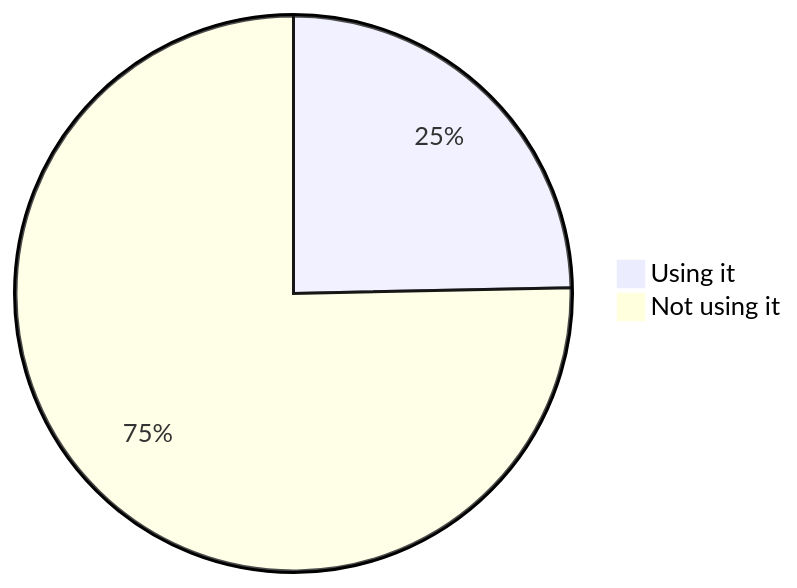
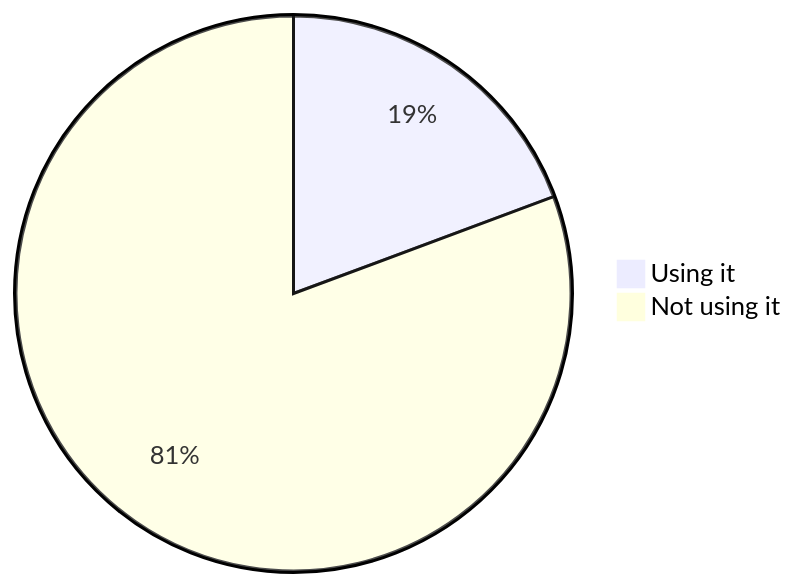
One commit to oshp/oshp-stats changed diagram 15 of 22 in stats.md. Above: the diagram before and after it, drawn with Mermaid. The commit also changed other lines of this file, not shown here.

````diff
--- a/stats.md
+++ b/stats.md
@@ -178,6 +178,6 @@
 ```mermaid
 pie
-	"Using it" : 24.67
-	"Not using it" : 75.33
+	"Using it" : 19.33
+	"Not using it" : 80.67
 
 ```
````
